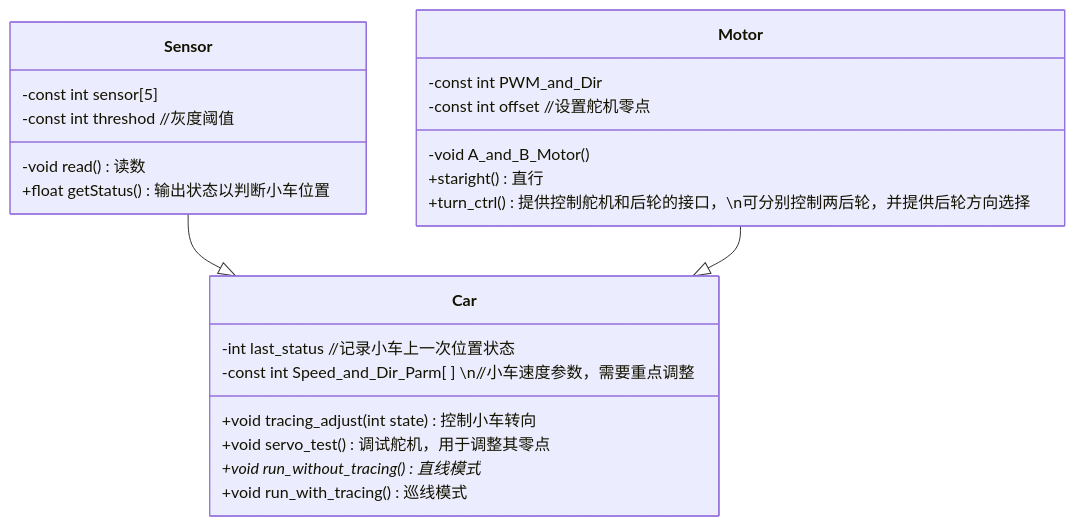
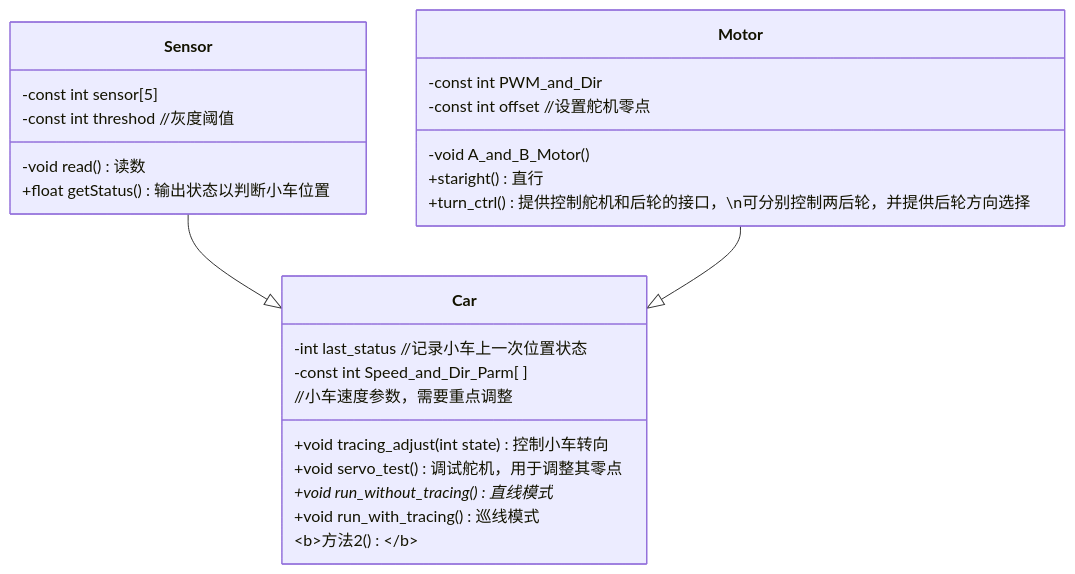
The first of 2 diagrams in README.md (0kitasan/TracingCar), drawn with Mermaid before and after one commit. The commit also changed other lines of this file, not shown here.

Commit message:
mermaid4

````diff
--- a/README.md
+++ b/README.md
@@ -8,27 +8,29 @@
 ``` mermaid
 classDiagram
     Sensor --|> Car
     Motor --|> Car
     class Sensor{
         -const int sensor[5]
         -const int threshod //灰度阈值
         -void read() 读数
         +float getStatus() 输出状态以判断小车位置
     }
     class Motor{
         -const int PWM_and_Dir
         -const int offset //设置舵机零点
         
         -void A_and_B_Motor()
         +staright() 直行
         +turn_ctrl() 提供控制舵机和后轮的接口，\n可分别控制两后轮，并提供后轮方向选择
     }
     class Car{
         -int last_status //记录小车上一次位置状态
-        -const int Speed_and_Dir_Parm[ ] \n//小车速度参数，需要重点调整
+        -const int Speed_and_Dir_Parm[ ] 
+        //小车速度参数，需要重点调整
         +void tracing_adjust(int state) 控制小车转向
         +void servo_test() 调试舵机，用于调整其零点
         +void run_without_tracing() 直线模式*
         +void run_with_tracing() 巡线模式
+        <b>方法2()</b>
     }
 ```
````
